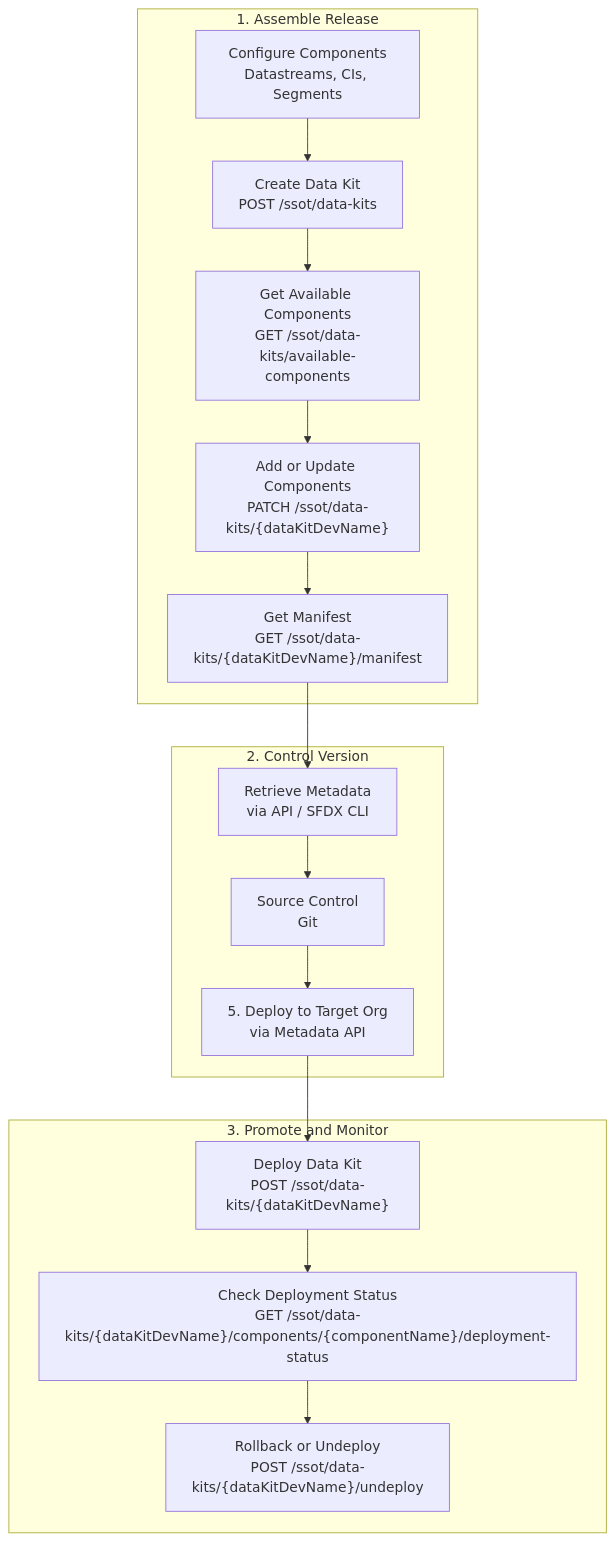
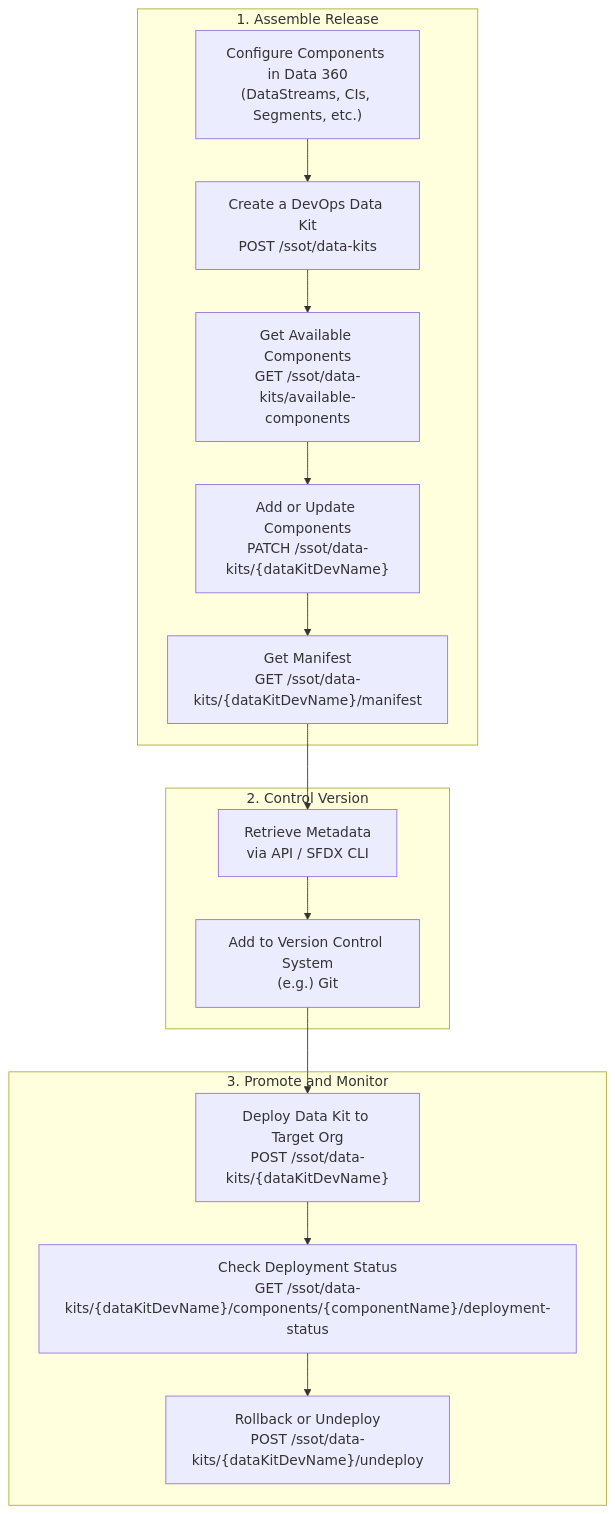
The second of 2 diagrams in src/content/blog/managing-environment-strategy-and-devops-for-data-360.mdx (hipoliciak/modrzejewski_it_website), drawn with Mermaid before and after one commit. The commit also changed other lines of this file, not shown here.

Commit message:
Corrections in the Mermaid diagram

````diff
--- a/src/content/blog/managing-environment-strategy-and-devops-for-data-360.mdx
+++ b/src/content/blog/managing-environment-strategy-and-devops-for-data-360.mdx
@@ -118,28 +119,27 @@
 ```mermaid
 flowchart TB
     subgraph Build[1. Assemble Release]
-        A[Configure Components<br/>Datastreams, CIs, Segments]
-        B["Create Data Kit<br/>POST /ssot/data-kits"]
+        A["Configure Components in Data 360<br/>(DataStreams, CIs, Segments, etc.)"]
+        B["Create a DevOps Data Kit<br/>POST /ssot/data-kits"]
         C["Get Available Components<br/>GET /ssot/data-kits/available-components"]
         D["Add or Update Components<br/>PATCH /ssot/data-kits/{dataKitDevName}"]
         E["Get Manifest<br/>GET /ssot/data-kits/{dataKitDevName}/manifest"]
         A --> B --> C --> D --> E
     end
 
     subgraph SourceControl[2. Control Version]
         F["Retrieve Metadata<br/>via API / SFDX CLI"]
-        G["Source Control<br/>Git"]
-        H["5. Deploy to Target Org<br/>via Metadata API"]
-        F --> G --> H
+        G["Add to Version Control System<br/>(e.g.) Git"]
+        F --> G
     end
 
     subgraph Deploy[3. Promote and Monitor]
-        I["Deploy Data Kit<br/>POST /ssot/data-kits/{dataKitDevName}"]
-        J["Check Deployment Status<br/>GET /ssot/data-kits/{dataKitDevName}/components/{componentName}/deployment-status"]
-        K["Rollback or Undeploy<br/>POST /ssot/data-kits/{dataKitDevName}/undeploy"]
-        I --> J --> K
+        H["Deploy Data Kit to Target Org<br/>POST /ssot/data-kits/{dataKitDevName}"]
+        I["Check Deployment Status<br/>GET /ssot/data-kits/{dataKitDevName}/components/{componentName}/deployment-status"]
+        J["Rollback or Undeploy<br/>POST /ssot/data-kits/{dataKitDevName}/undeploy"]
+        H --> I --> J
     end
 
     E --> F
-    H --> I
+    G --> H
 ```
````
